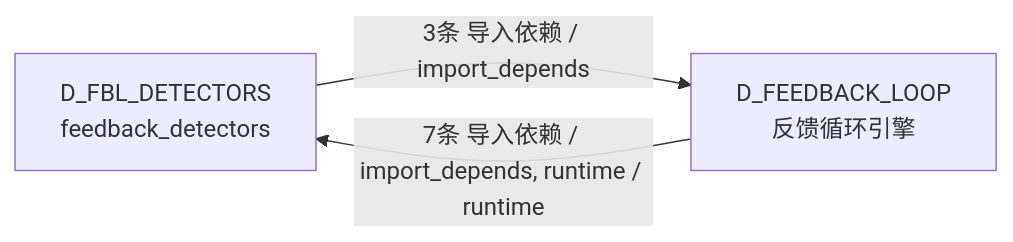
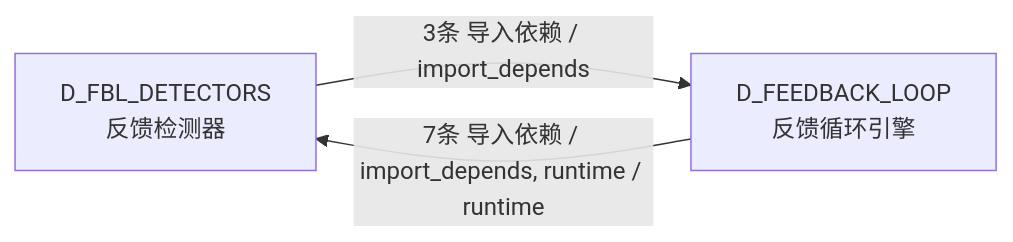
One commit to xuanFelixVan/ZephyrAlpha changed the sixth of 6 diagrams in docs/02_enterprise_architecture/02_domain_architecture_docs/11_d_fbl_detectors.md. Above: the diagram before and after it, drawn with Mermaid. The commit also changed other lines of this file and 112 other files, not shown here.

````diff
--- a/docs/02_enterprise_architecture/02_domain_architecture_docs/11_d_fbl_detectors.md
+++ b/docs/02_enterprise_architecture/02_domain_architecture_docs/11_d_fbl_detectors.md
@@ -393,7 +393,7 @@
 ```mermaid
 graph LR
-    D_FBL_DETECTORS["D_FBL_DETECTORS<br/>feedback_detectors"]
+    D_FBL_DETECTORS["D_FBL_DETECTORS<br/>反馈检测器"]
     D_FEEDBACK_LOOP["D_FEEDBACK_LOOP<br/>反馈循环引擎"]
     D_FBL_DETECTORS -->|3条 导入依赖 / import_depends| D_FEEDBACK_LOOP
     D_FEEDBACK_LOOP -->|7条 导入依赖 / import_depends, runtime / runtime| D_FBL_DETECTORS
 ```
````
